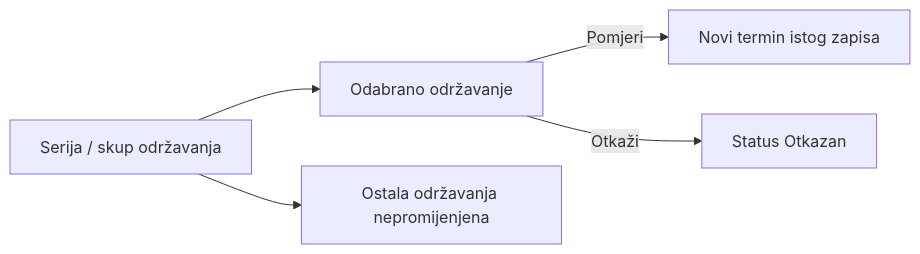
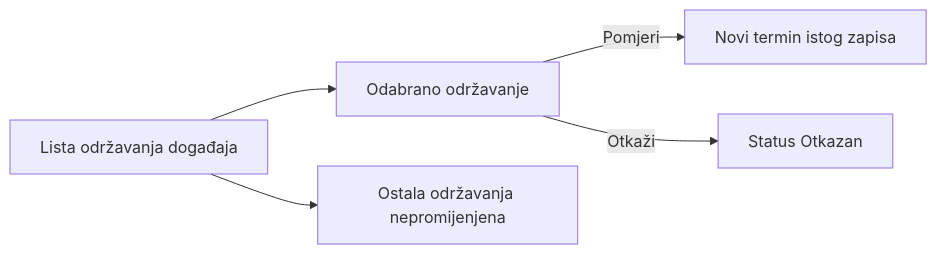
The fourth of 6 diagrams in docs/technical-specifications/Technical-Specification_Odrzavanje.md (GoranOpK/digital.kotor.me), drawn with Mermaid before and after one commit. The commit also changed other lines of this file and 3 other files, not shown here.

````diff
--- a/docs/technical-specifications/Technical-Specification_Odrzavanje.md
+++ b/docs/technical-specifications/Technical-Specification_Odrzavanje.md
@@ -489,7 +515,7 @@
 ```mermaid
 flowchart LR
-  S[Serija / skup održavanja] --> X[Odabrano održavanje]
+  S[Lista održavanja događaja] --> X[Odabrano održavanje]
   X -->|Pomjeri| Y[Novi termin istog zapisa]
   X -->|Otkaži| Z[Status Otkazan]
   S --> R[Ostala održavanja nepromijenjena]
 ```
````
